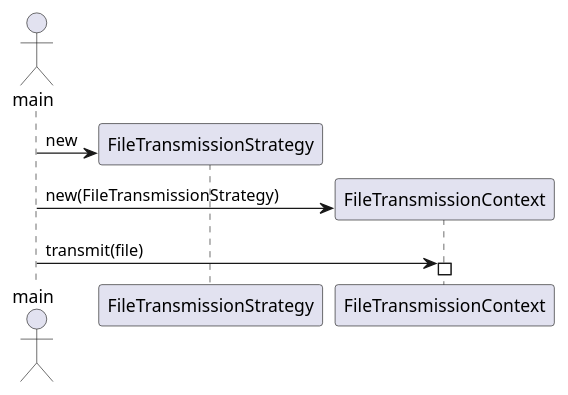
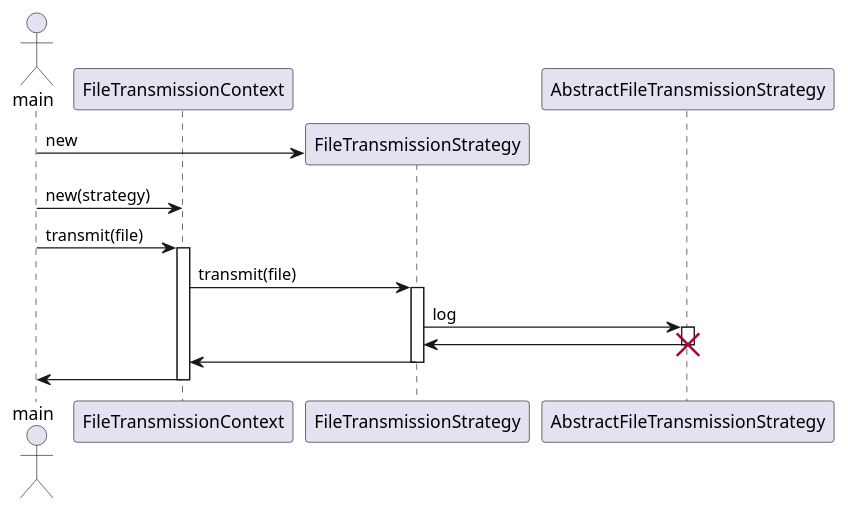
The diagram in Strategy/src/main/java/uml/sequenceDiagram.puml (BeqaKhaburdzania/FreeUni-SDP-2013-Lab-UML), drawn with PlantUML before and after one commit.

Commit message:
finish sequence diagram

```diff
--- a/Strategy/src/main/java/uml/sequenceDiagram.puml
+++ b/Strategy/src/main/java/uml/sequenceDiagram.puml
@@ -1,14 +1,28 @@
 @startuml
-	actor main
+	actor main	
 
+	create FileTransmissionContext
+		
 	create FileTransmissionStrategy
-	main -> FileTransmissionStrategy: new	
 	
+	main -> FileTransmissionStrategy : new
 	
-	create FileTransmissionContext
-	main -> FileTransmissionContext: new(FileTransmissionStrategy)
+	main -> FileTransmissionContext: new(strategy)
+	
 	main -> FileTransmissionContext : transmit(file)
 	
 	activate FileTransmissionContext
-	
+	FileTransmissionContext -> FileTransmissionStrategy: transmit(file)
+		
+		activate FileTransmissionStrategy
+			FileTransmissionStrategy -> AbstractFileTransmissionStrategy: log
+			activate AbstractFileTransmissionStrategy
+			AbstractFileTransmissionStrategy -> FileTransmissionStrategy
+			deactivate AbstractFileTransmissionStrategy
+			destroy AbstractFileTransmissionStrategy
+		FileTransmissionStrategy -> FileTransmissionContext
+			
+		deactivate FileTransmissionStrategy
+	FileTransmissionContext -> main
+	deactivate FileTransmissionContext
 @enduml
```
